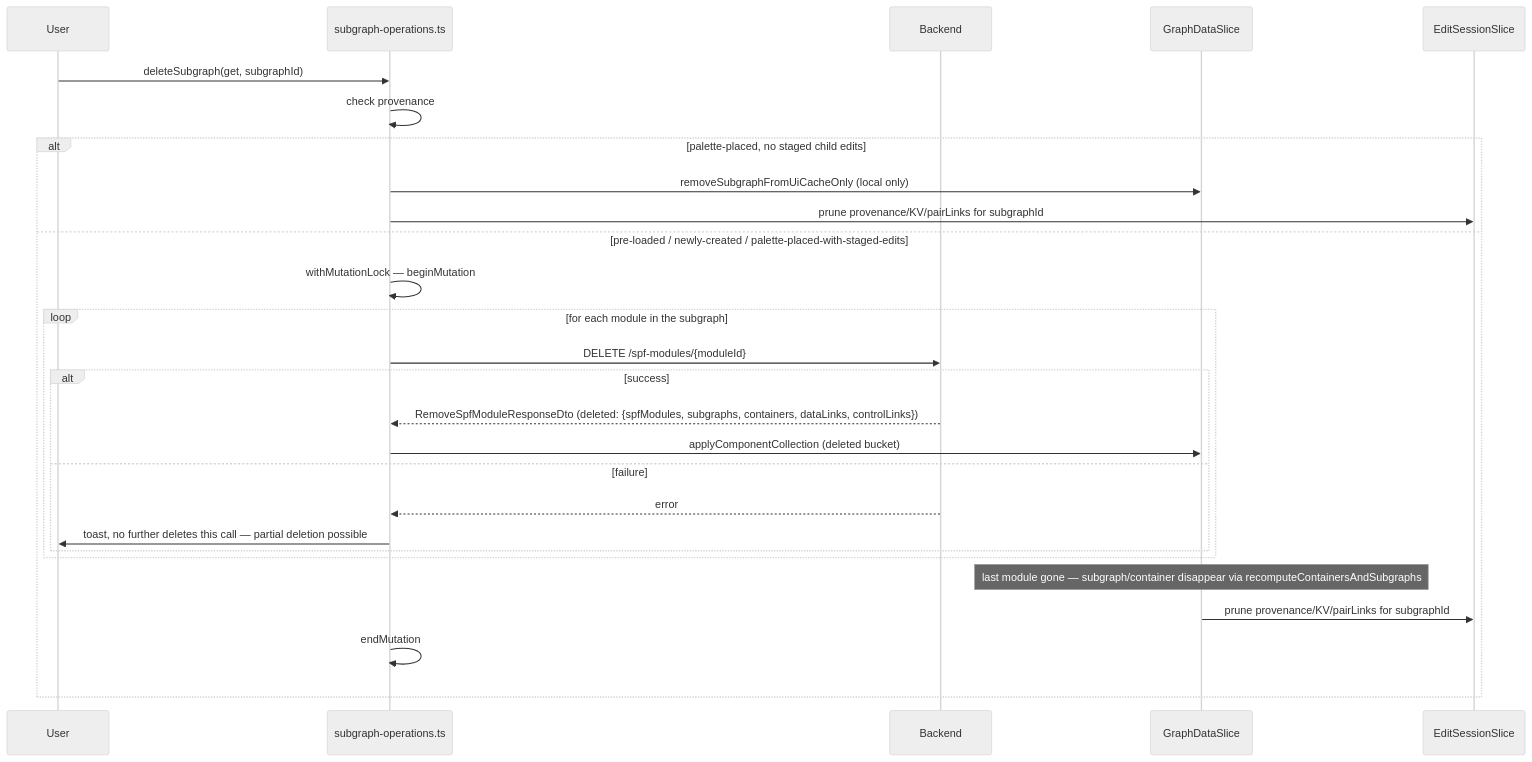
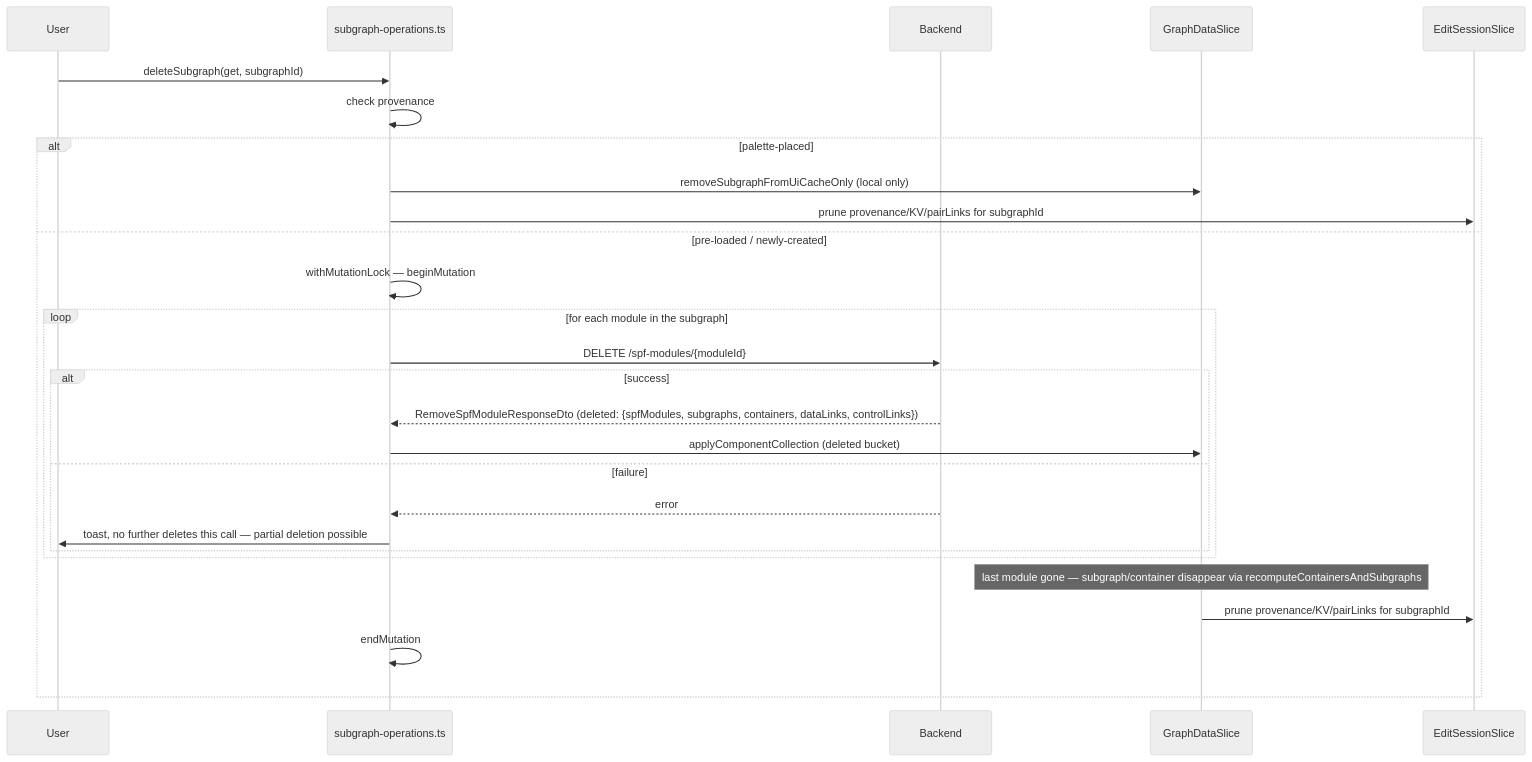
The second of 3 diagrams in docs/design/edit-session/node-operations-design.md (AudioReach/audioreach-creator-ui), drawn with Mermaid (neutral theme) before and after one commit. The commit also changed other lines of this file and 1 other file, not shown here.

````diff
--- a/docs/design/edit-session/node-operations-design.md
+++ b/docs/design/edit-session/node-operations-design.md
@@ -1025,30 +1020,30 @@
 ```mermaid
 sequenceDiagram
   participant U as User
   participant S as subgraph-operations.ts
   participant B as Backend
   participant G as GraphDataSlice
   participant E as EditSessionSlice
 
   U->>S: deleteSubgraph(get, subgraphId)
   S->>S: check provenance
-  alt palette-placed, no staged child edits
+  alt palette-placed
     S->>G: removeSubgraphFromUiCacheOnly (local only)
     S->>E: prune provenance/KV/pairLinks for subgraphId
-  else pre-loaded / newly-created / palette-placed-with-staged-edits
+  else pre-loaded / newly-created
     S->>S: withMutationLock — beginMutation
     loop for each module in the subgraph
       S->>B: DELETE /spf-modules/{moduleId}
       alt success
         B-->>S: RemoveSpfModuleResponseDto (deleted: {spfModules, subgraphs, containers, dataLinks, controlLinks})
         S->>G: applyComponentCollection (deleted bucket)
       else failure
         B-->>S: error
         S->>U: toast, no further deletes this call — partial deletion possible
       end
     end
     Note over G: last module gone — subgraph/container disappear via recomputeContainersAndSubgraphs
     G->>E: prune provenance/KV/pairLinks for subgraphId
     S->>S: endMutation
   end
 ```
````
